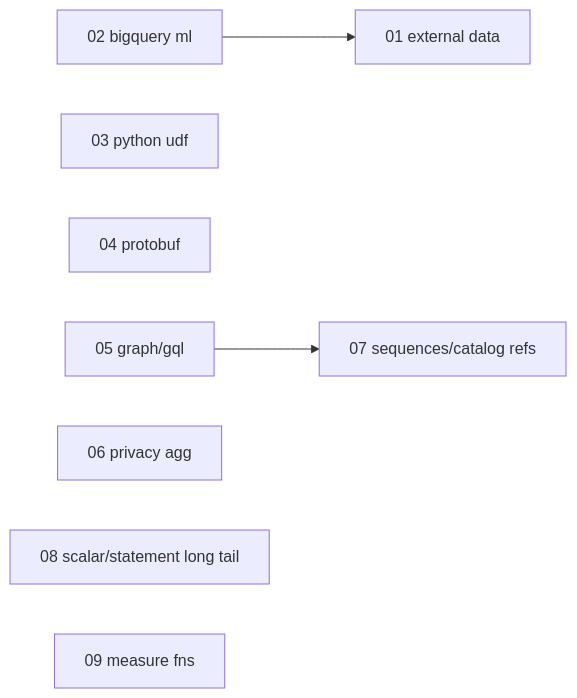
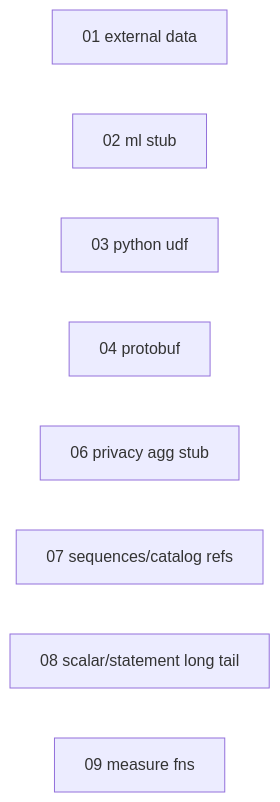
The diagram in .cursor/plans/expand-00-index.plan.md (vantaboard/bigquery-emulator), drawn with Mermaid before and after one commit. The commit also changed other lines of this file and 8 other files, not shown here.

First line of the commit message:
docs: re-scope deferred families as stubs and drop graph from planned

````diff
--- a/.cursor/plans/expand-00-index.plan.md
+++ b/.cursor/plans/expand-00-index.plan.md
@@ -61,12 +81,11 @@
 ```mermaid
 graph LR
   P01[01 external data]
-  P02[02 bigquery ml] --> P01
+  P02[02 ml stub]
   P03[03 python udf]
   P04[04 protobuf]
-  P05[05 graph/gql] --> P07
-  P06[06 privacy agg]
+  P06[06 privacy agg stub]
   P07[07 sequences/catalog refs]
   P08[08 scalar/statement long tail]
   P09[09 measure fns]
 ```
````
